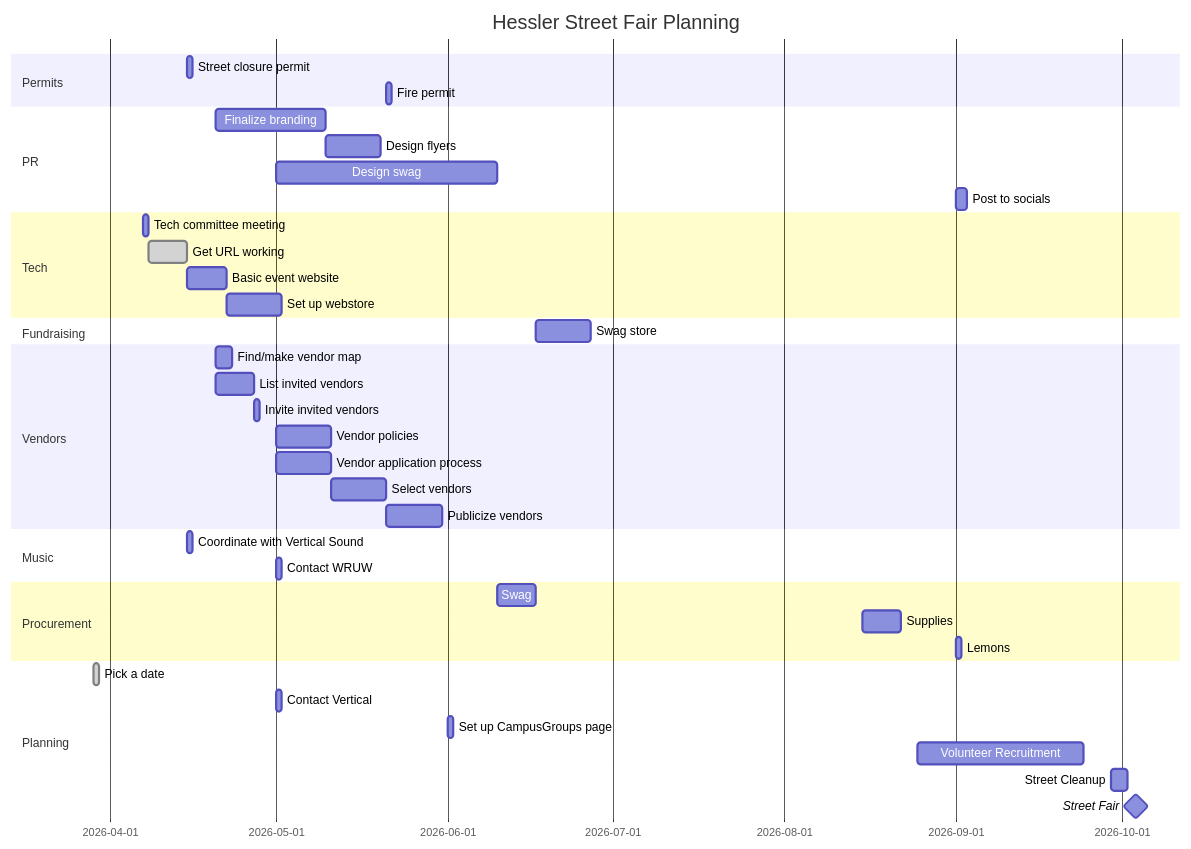
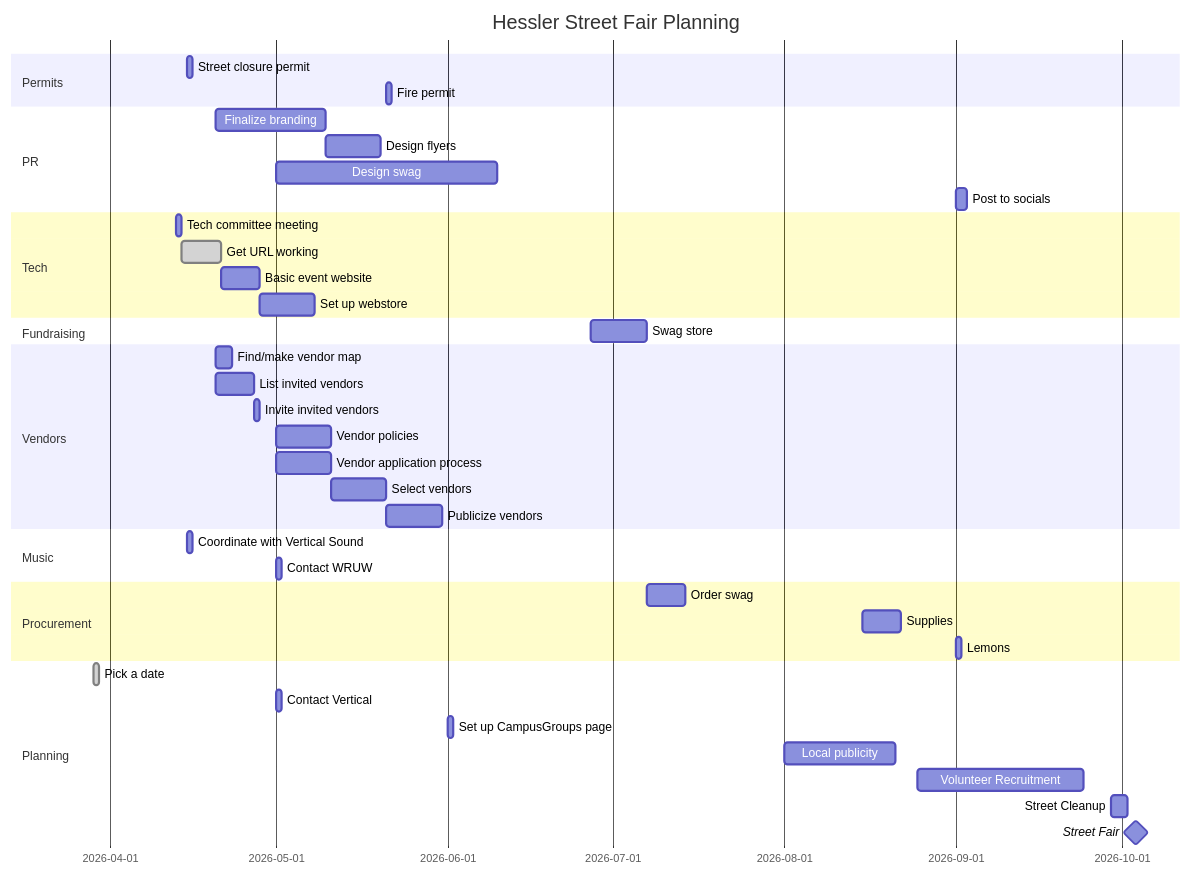
Before and after one commit to KCollins/KCollins.github.io: the diagram in files/fairplan.md, drawn with Mermaid.

````diff
--- a/files/fairplan.md
+++ b/files/fairplan.md
@@ -1,44 +1,45 @@
 ```mermaid
 gantt
     title  Hessler Street Fair Planning
     dateFormat YYYY-MM-DD
     section Permits
             Street closure permit    :streetpermit, 2026-04-15, 1d
             Fire permit    :firepermit, after vendorselect, 1d
 
     section PR
             Finalize branding : brand, 2026-04-20, 20d
             Design flyers : flyers, after brand, 10d
             Design swag    : designswag, 2026-05-01, 40d
             Post to socials: socials, 2026-09-01, 2d
     section Tech
-            Tech committee meeting: techmeet, 2026-04-07, 1d
+            Tech committee meeting: techmeet, 2026-04-13, 1d
             Get URL working:done, url, after techmeet, 7d
             Basic event website: basicsite, after url, 7d
             Set up webstore: webstore, after basicsite, 10d
     section Fundraising
-            Swag store    :req, after designswag webstore swag, 10d
+            Swag store    :swagstore, after designswag webstore swag, 10d
     section Vendors
             Find/make vendor map: vendormap, 2026-04-20, 3d
             List invited vendors: invitelist, 2026-04-20, 7d
             Invite invited vendors: invite, after invitelist, 1d
             Vendor policies: policy, 2026-05-01, 10d
             Vendor application process: vendorapp, 2026-05-01, 10d
             Select vendors: vendorselect, after vendorapp, 10d
             Publicize vendors: vendor-announce, after vendorselect, 10d
     section Music
             Coordinate with Vertical Sound    :vertical, 2026-04-15, 1d
             Contact WRUW: wruw, 2026-05-01, 1d
     section Procurement
-            Swag:   swag, after designswag, 7d
+            Order swag:   swag, after swagstore, 7d
             Supplies: supplies, 2026-08-15, 7d
             Lemons: lemons, 2026-09-01, 1d
     section Planning
             Pick a date :done, pick, 2026-03-29, 1d
             Contact Vertical: vertical, 2026-05-01, 1d
             Set up CampusGroups page: campusgroups, 2026-06-01, 1d
+            Local publicity: publicize, 2026-08-01, 20d
             Volunteer Recruitment: recruit, 2026-08-25, 30d
             Street Cleanup: cleanup, 2026-09-29, 3d
             Street Fair        :milestone, streetfair, 2026-10-03, 1d
 
 ```
````
